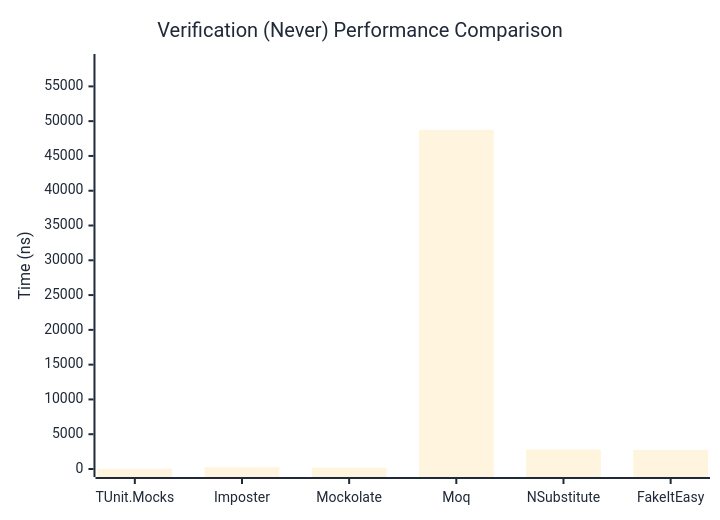
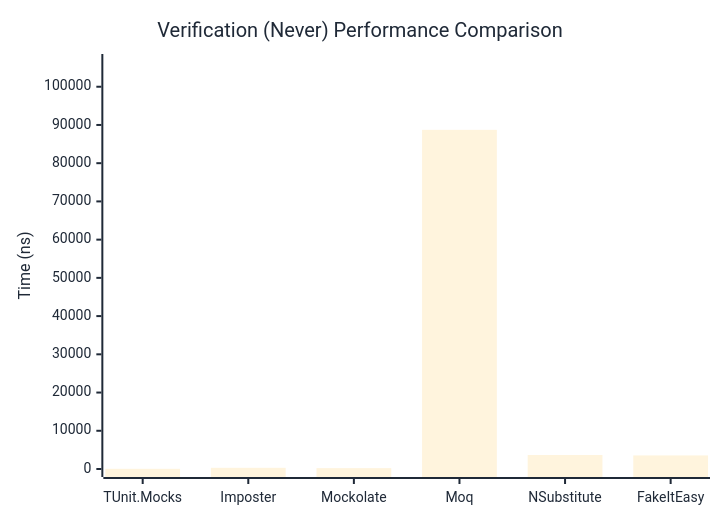
The second of 3 diagrams in docs/docs/benchmarks/mocks/Verification.md (thomhurst/TUnit), drawn with Mermaid before and after one commit. The commit also changed other lines of this file and 14 other files, not shown here.

````diff
--- a/docs/docs/benchmarks/mocks/Verification.md
+++ b/docs/docs/benchmarks/mocks/Verification.md
@@ -71,27 +71,27 @@
 ```mermaid
 %%{init: {
   'theme':'base',
   'themeVariables': {
     'primaryColor': '#2563eb',
     'primaryTextColor': '#1f2937',
     'primaryBorderColor': '#1e40af',
     'lineColor': '#6b7280',
     'secondaryColor': '#7c3aed',
     'tertiaryColor': '#dc2626',
     'background': '#ffffff',
     'pie1': '#2563eb',
     'pie2': '#7c3aed',
     'pie3': '#dc2626',
     'pie4': '#f59e0b',
     'pie5': '#10b981',
     'pie6': '#06b6d4',
     'pie7': '#ec4899',
     'pie8': '#6366f1'
   }
 }}%%
 xychart-beta
   title "Verification (Never) Performance Comparison"
   x-axis ["TUnit.Mocks", "Imposter", "Mockolate", "Moq", "NSubstitute", "FakeItEasy"]
-  y-axis "Time (ns)" 0 --> 58504
-  bar [43.63, 257.14, 189.04, 48752.61, 2782.76, 2737.43]
+  y-axis "Time (ns)" 0 --> 106470
+  bar [50.48, 308.59, 228.15, 88724.25, 3657.47, 3551.15]
 ```
````
